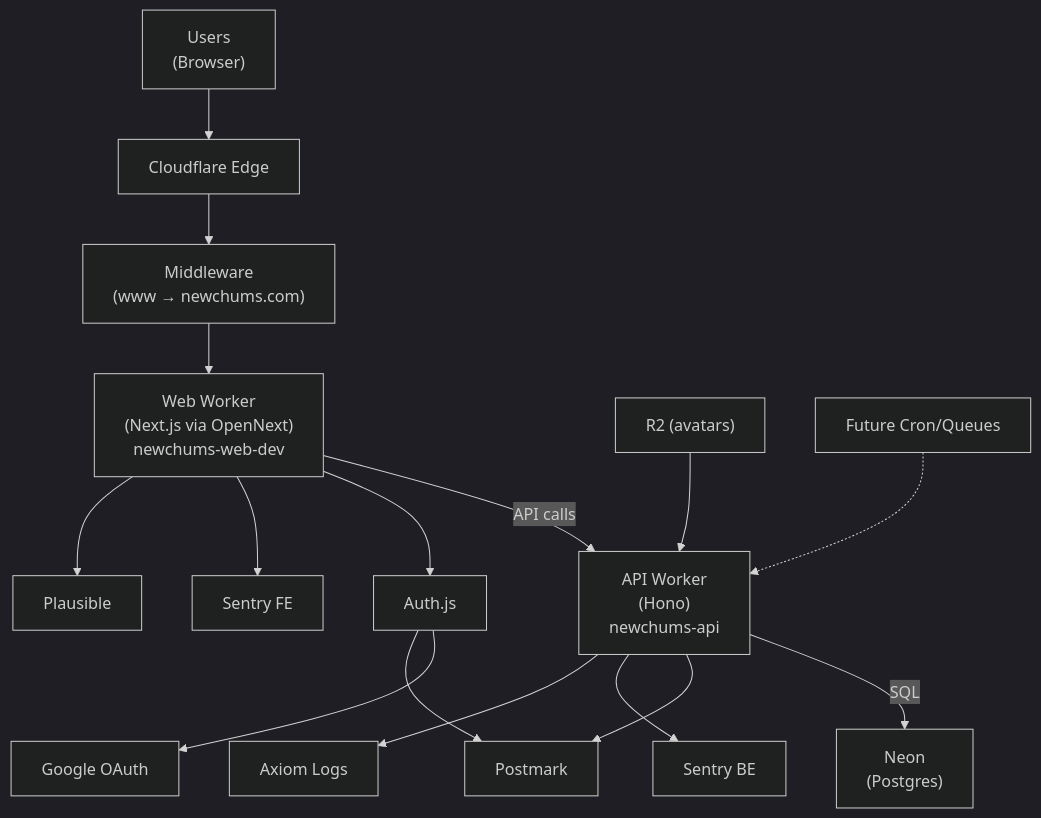
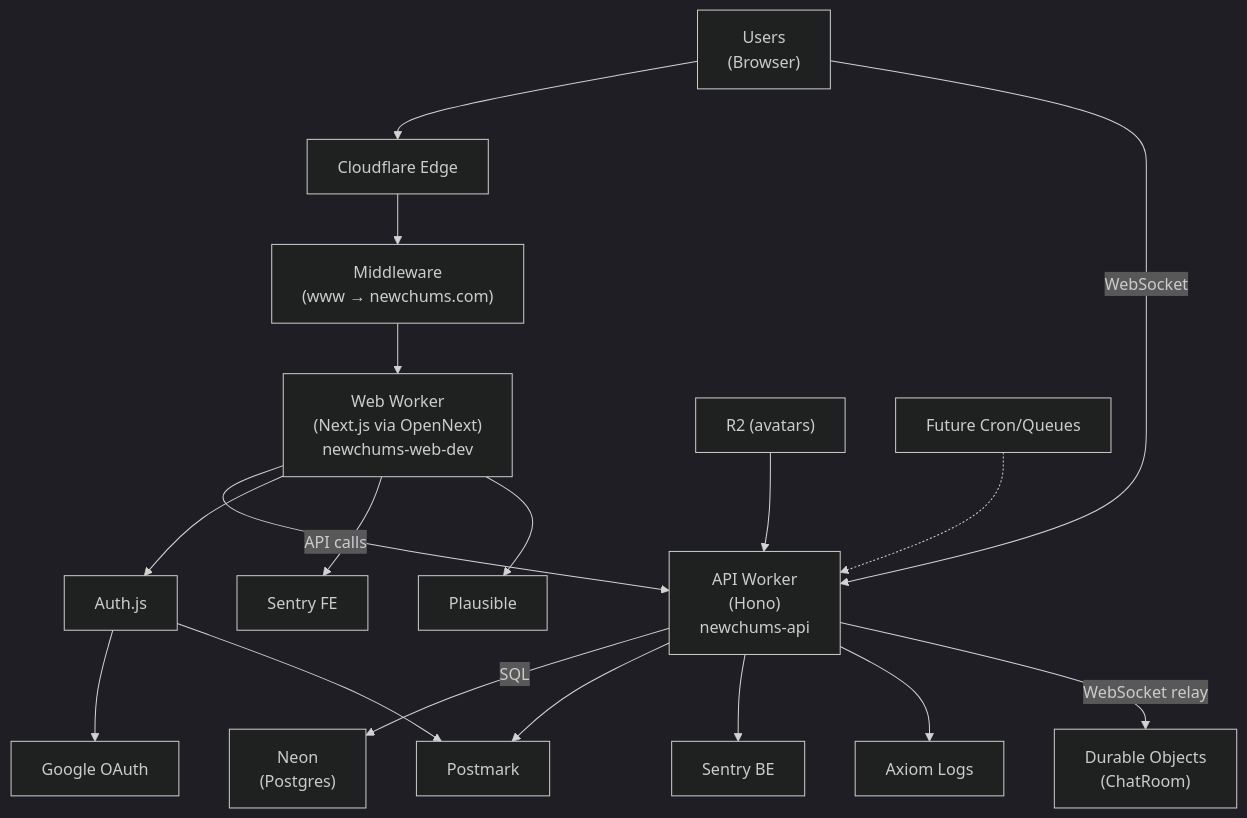
Before and after one commit to RSS705/newchums: the fourth of 4 diagrams in docs/System_Map.md, drawn with Mermaid (dark theme). The commit also changed other lines of this file and 4 other files, not shown here.

````diff
--- a/docs/System_Map.md
+++ b/docs/System_Map.md
@@ -237,23 +242,25 @@
 ```mermaid
 flowchart TB
   U["Users<br/>(Browser)"] --> CF["Cloudflare Edge"]
   CF --> MW["Middleware<br/>(www → newchums.com)"]
   MW --> W["Web Worker<br/>(Next.js via OpenNext)<br/>newchums-web-dev"]
 
   W -->|"API calls"| API["API Worker<br/>(Hono)<br/>newchums-api"]
   API -->|"SQL"| DB["Neon<br/>(Postgres)"]
 
   W --> AUTH["Auth.js"]
   AUTH --> GOOGLE["Google OAuth"]
   AUTH --> PM["Postmark"]
 
   API --> PM
 
   W --> SENTRY_FE["Sentry FE"]
   API --> SENTRY_BE["Sentry BE"]
   API --> AX["Axiom Logs"]
   W --> PLAUS["Plausible"]
 
   R2["R2 (avatars)"] --> API
+  API -->|"WebSocket relay"| DO["Durable Objects<br/>(ChatRoom)"]
+  U -->|"WebSocket"| API
   CRON["Future Cron/Queues"] -.-> API
 ```
````
